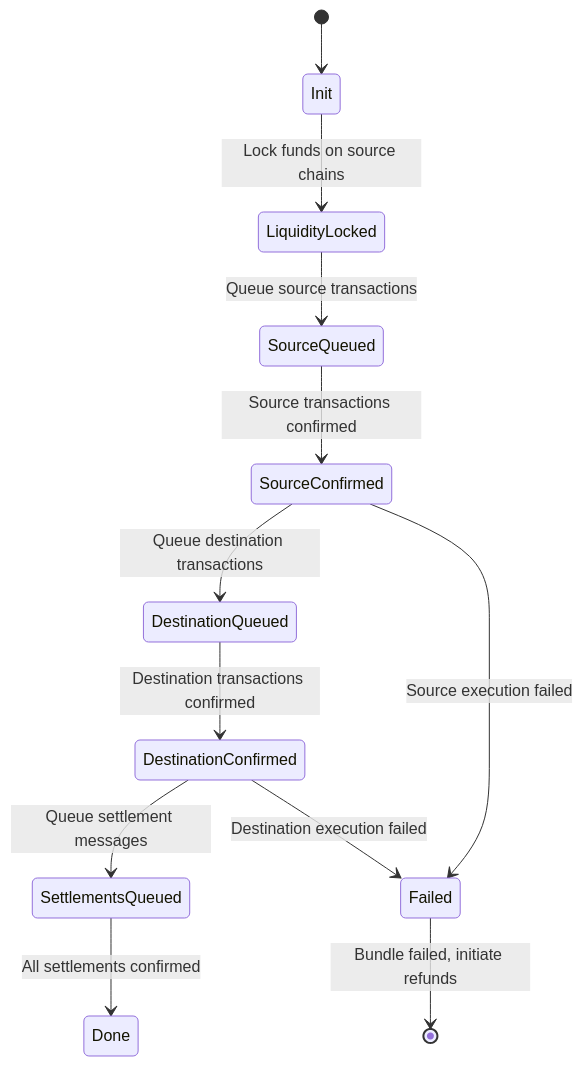
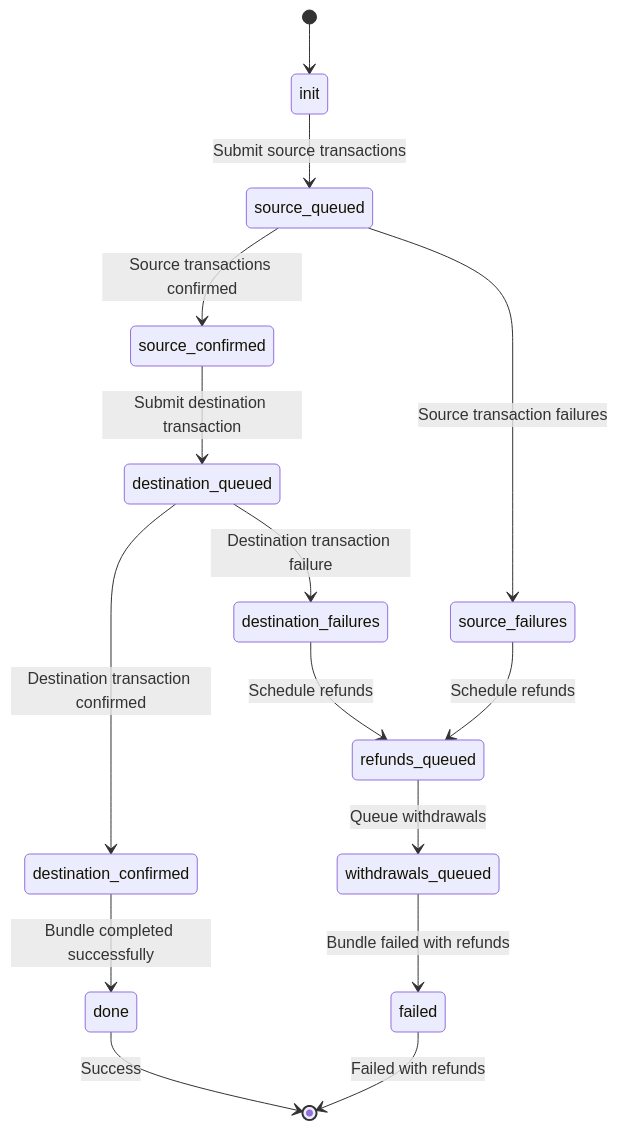
The second of 3 diagrams in docs/architecture/cross-chain.md (ithacaxyz/relay), drawn with Mermaid before and after one commit. The commit also changed other lines of this file and 2 other files, not shown here.

Commit message:
docs: fix critical documentation inaccuracies
- Update RPC namespace from relay_ to wallet_ in source code comments
- Align bundle state machine with actual database enum values
- Fix references to missing documentation files
- Update README to point to correct contributing guidelines

These changes ensure documentation matches the actual implementation
and eliminate broken references that would confuse developers.

````diff
--- a/docs/architecture/cross-chain.md
+++ b/docs/architecture/cross-chain.md
@@ -41,15 +41,19 @@
 ```mermaid
 stateDiagram-v2
-    [*] --> Init
-    Init --> LiquidityLocked: Lock funds on source chains
-    LiquidityLocked --> SourceQueued: Queue source transactions
-    SourceQueued --> SourceConfirmed: Source transactions confirmed
-    SourceConfirmed --> DestinationQueued: Queue destination transactions
-    DestinationQueued --> DestinationConfirmed: Destination transactions confirmed
-    DestinationConfirmed --> SettlementsQueued: Queue settlement messages
-    SettlementsQueued --> Done: All settlements confirmed
+    [*] --> init
+    init --> source_queued: Submit source transactions
+    source_queued --> source_confirmed: Source transactions confirmed
+    source_queued --> source_failures: Source transaction failures
+    source_confirmed --> destination_queued: Submit destination transaction
+    destination_queued --> destination_confirmed: Destination transaction confirmed
+    destination_queued --> destination_failures: Destination transaction failure
+    destination_confirmed --> done: Bundle completed successfully
     
-    SourceConfirmed --> Failed: Source execution failed
-    DestinationConfirmed --> Failed: Destination execution failed
-    Failed --> [*]: Bundle failed, initiate refunds
+    source_failures --> refunds_queued: Schedule refunds
+    destination_failures --> refunds_queued: Schedule refunds  
+    refunds_queued --> withdrawals_queued: Queue withdrawals
+    withdrawals_queued --> failed: Bundle failed with refunds
+    
+    done --> [*]: Success
+    failed --> [*]: Failed with refunds
 ```
````
